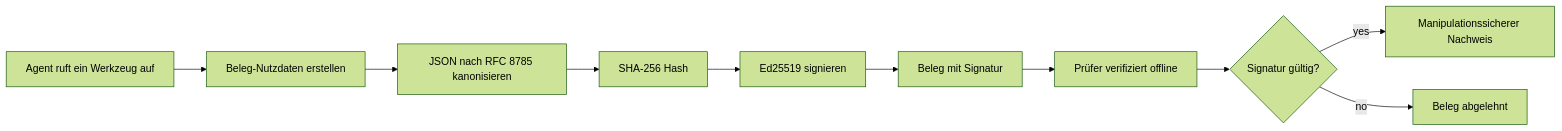
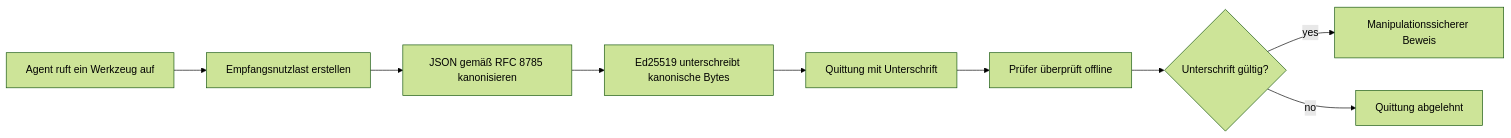
One commit to gabrielmoreira/agent-skills-mirror changed the first of 2 diagrams in mirrors/repos/microsoft@ai-agents-for-beginners/translations/de/18-securing-ai-agents/README.md. Above: the diagram before and after it, drawn with Mermaid (forest theme). The commit also changed other lines of this file and 4262 other files, not shown here.

````diff
--- a/mirrors/repos/microsoft@ai-agents-for-beginners/translations/de/18-securing-ai-agents/README.md
+++ b/mirrors/repos/microsoft@ai-agents-for-beginners/translations/de/18-securing-ai-agents/README.md
@@ -51,12 +51,11 @@
 ```mermaid
 flowchart LR
-    A[Agent ruft ein Werkzeug auf] --> B[Beleg-Nutzdaten erstellen]
-    B --> C[JSON nach RFC 8785 kanonisieren]
-    C --> D[SHA-256 Hash]
-    D --> E[Ed25519 signieren]
-    E --> F[Beleg mit Signatur]
-    F --> G[Prüfer verifiziert offline]
-    G --> H{Signatur gültig?}
-    H -- yes --> I[Manipulationssicherer Nachweis]
-    H -- no --> J[Beleg abgelehnt]
+    A[Agent ruft ein Werkzeug auf] --> B[Empfangsnutzlast erstellen]
+    B --> C[JSON gemäß RFC 8785 kanonisieren]
+    C --> E[Ed25519 unterschreibt kanonische Bytes]
+    E --> F[Quittung mit Unterschrift]
+    F --> G[Prüfer überprüft offline]
+    G --> H{Unterschrift gültig?}
+    H -- yes --> I[Manipulationssicherer Beweis]
+    H -- no --> J[Quittung abgelehnt]
 ```
````
